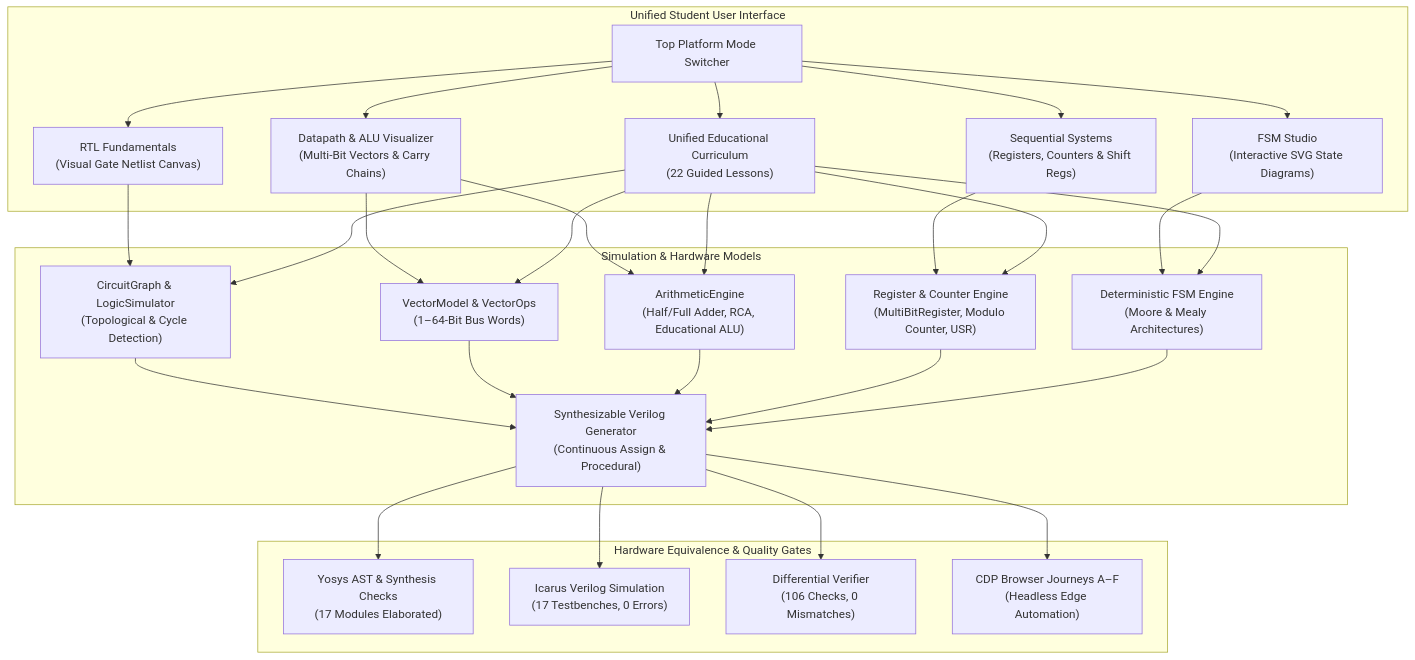
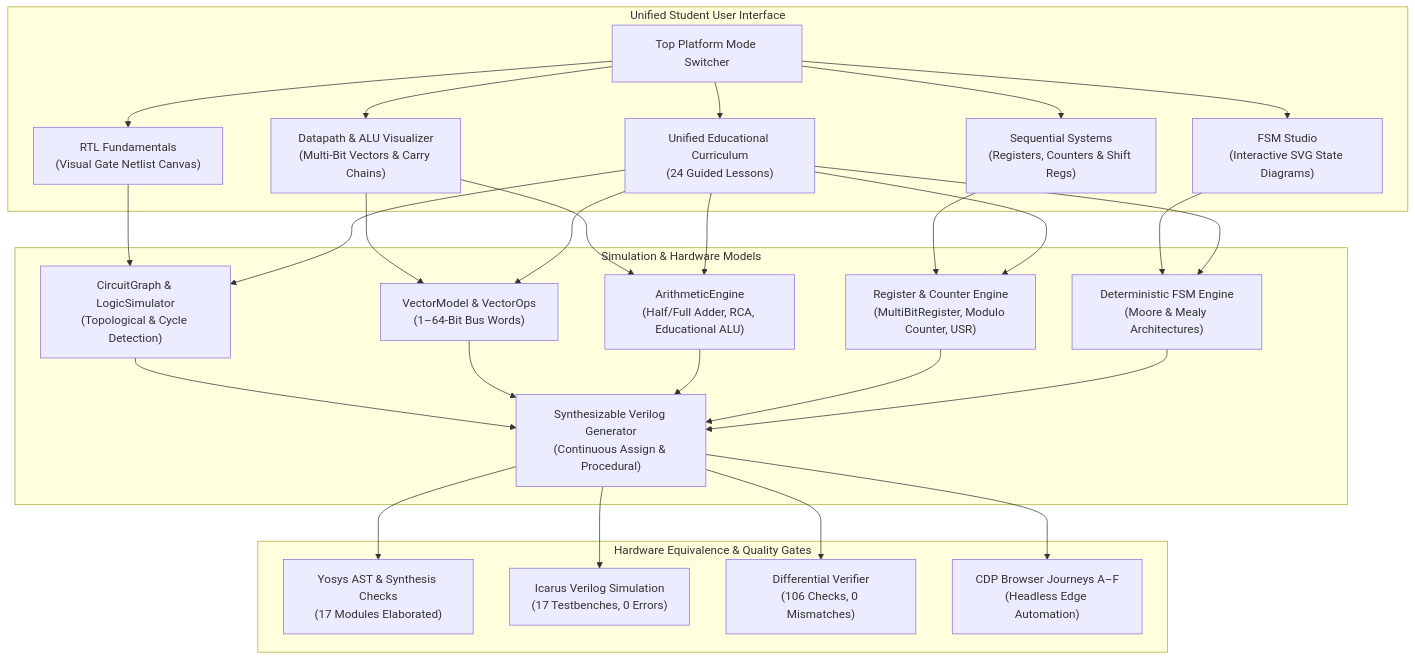
Before and after one commit to ppawar-7/rtl-playground: the diagram in README.md, drawn with Mermaid. The commit also changed other lines of this file and 15 other files, not shown here.

Commit message:
feat(security,curriculum): harden FSM condition parsing, expand to 24 lessons, add 38-topic matrix and limitations doc

````diff
--- a/README.md
+++ b/README.md
@@ -27,37 +27,37 @@
 ```mermaid
 flowchart TD
     subgraph UI ["Unified Student User Interface"]
         TOPNAV["Top Platform Mode Switcher"]
         FUND["RTL Fundamentals\n(Visual Gate Netlist Canvas)"]
         DP["Datapath & ALU Visualizer\n(Multi-Bit Vectors & Carry Chains)"]
         SEQ["Sequential Systems\n(Registers, Counters & Shift Regs)"]
         FSM["FSM Studio\n(Interactive SVG State Diagrams)"]
-        LESSONS["Unified Educational Curriculum\n(22 Guided Lessons)"]
+        LESSONS["Unified Educational Curriculum\n(24 Guided Lessons)"]
     end
 
     subgraph Engines ["Simulation & Hardware Models"]
         CG["CircuitGraph & LogicSimulator\n(Topological & Cycle Detection)"]
         VM["VectorModel & VectorOps\n(1–64-Bit Bus Words)"]
         ARITH["ArithmeticEngine\n(Half/Full Adder, RCA, Educational ALU)"]
         REG_SEQ["Register & Counter Engine\n(MultiBitRegister, Modulo Counter, USR)"]
         FSM_ENG["Deterministic FSM Engine\n(Moore & Mealy Architectures)"]
         VERILOG["Synthesizable Verilog Generator\n(Continuous Assign & Procedural)"]
     end
 
     subgraph Verification ["Hardware Equivalence & Quality Gates"]
         YOSYS["Yosys AST & Synthesis Checks\n(17 Modules Elaborated)"]
         IVERILOG["Icarus Verilog Simulation\n(17 Testbenches, 0 Errors)"]
         DIFF["Differential Verifier\n(106 Checks, 0 Mismatches)"]
         E2E["CDP Browser Journeys A–F\n(Headless Edge Automation)"]
     end
 
     TOPNAV --> FUND & DP & SEQ & FSM & LESSONS
     FUND --> CG
     DP --> VM & ARITH
     SEQ --> REG_SEQ
     FSM --> FSM_ENG
     LESSONS --> CG & VM & ARITH & REG_SEQ & FSM_ENG
 
     CG & VM & ARITH & REG_SEQ & FSM_ENG --> VERILOG
     VERILOG --> YOSYS & IVERILOG & DIFF & E2E
 ```
````
